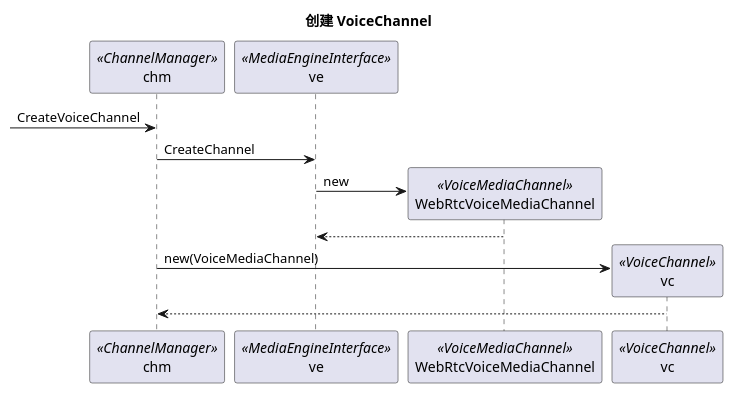
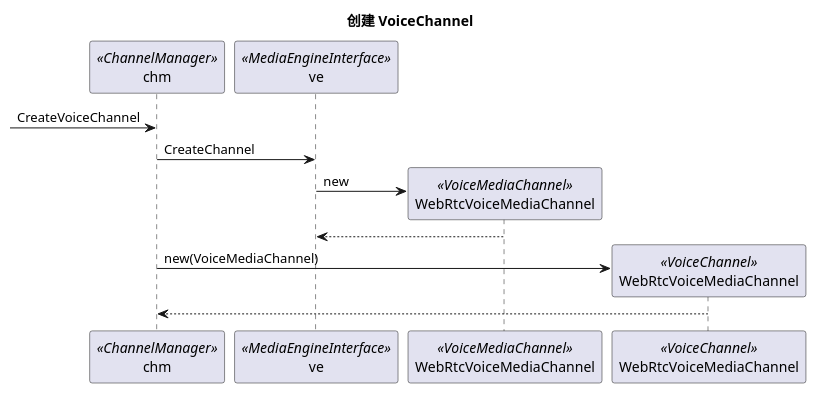
Before and after one commit to mingxin505/webrtcNote: the second of 3 diagrams in webrtc_chrome/mediaEngine.md, drawn with PlantUML. The commit also changed other lines of this file and 1 other file, not shown here.

````diff
--- a/webrtc_chrome/mediaEngine.md
+++ b/webrtc_chrome/mediaEngine.md
@@ -71,16 +73,16 @@
 ```plantuml
 title "创建 VoiceChannel"
 participant chm  as chm <<ChannelManager>>
 participant ve  as ve <<MediaEngineInterface>>
 participant WebRtcVoiceMediaChannel  as vmc <<VoiceMediaChannel>>
-participant vc  as vc <<VoiceChannel>>
+participant WebRtcVoiceMediaChannel  as vc <<VoiceChannel>>
 
 [-> chm : CreateVoiceChannel
 chm -> ve : CreateChannel
 create vmc
 ve -> vmc : new
 return 
 create vc
 chm -> vc : new(VoiceMediaChannel)
 return 
 ```
````
